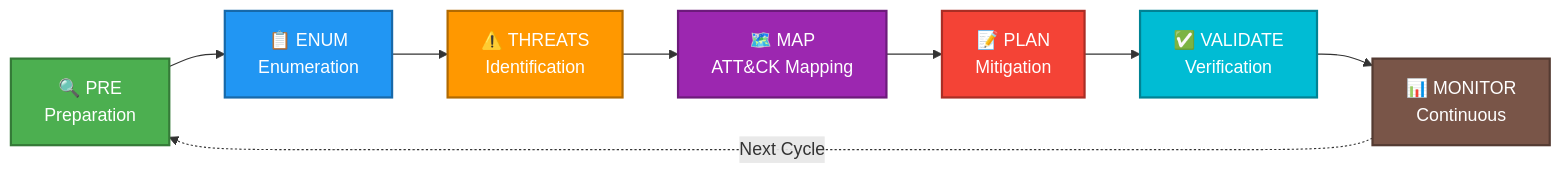
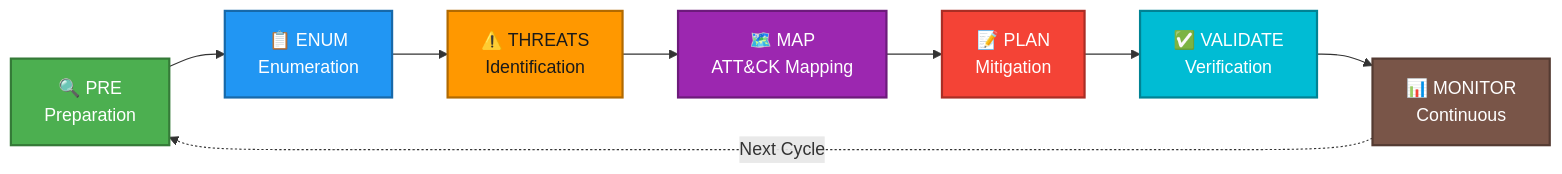
One commit to Hack23/European-Parliament-MCP-Server changed diagram 11 of 21 in THREAT_MODEL.md. Above: the diagram before and after it, drawn with Mermaid. The commit also changed other lines of this file and 6 other files, not shown here.

````diff
--- a/THREAT_MODEL.md
+++ b/THREAT_MODEL.md
@@ -1085,32 +1085,32 @@
 ```mermaid
 graph LR
     PRE[🔍 PRE<br/>Preparation] --> ENUM[📋 ENUM<br/>Enumeration]
     ENUM --> THREATS[⚠️ THREATS<br/>Identification]
     THREATS --> MAP[🗺️ MAP<br/>ATT&CK Mapping]
     MAP --> PLAN[📝 PLAN<br/>Mitigation]
     PLAN --> VALIDATE[✅ VALIDATE<br/>Verification]
     VALIDATE --> MONITOR[📊 MONITOR<br/>Continuous]
     MONITOR -.->|Next Cycle| PRE
 
     style PRE fill:#4CAF50,stroke:#357a38,stroke-width:2px,color:#ffffff
 
 
     style ENUM fill:#2196F3,stroke:#1769aa,stroke-width:2px,color:#ffffff
 
 
-    style THREATS fill:#FF9800,stroke:#b26a00,stroke-width:2px,color:#ffffff
+    style THREATS fill:#FF9800,stroke:#b26a00,stroke-width:2px,color:#1a1a1a
 
 
     style MAP fill:#9C27B0,stroke:#6d1b7b,stroke-width:2px,color:#ffffff
 
 
     style PLAN fill:#F44336,stroke:#aa2e25,stroke-width:2px,color:#ffffff
 
 
     style VALIDATE fill:#00BCD4,stroke:#008394,stroke-width:2px,color:#ffffff
 
 
     style MONITOR fill:#795548,stroke:#543b32,stroke-width:2px,color:#ffffff
 
 
 ```
````
